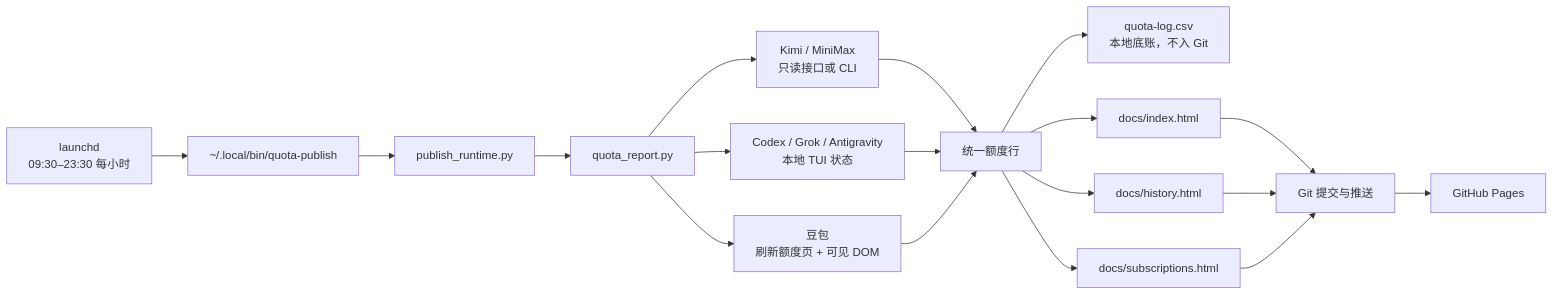
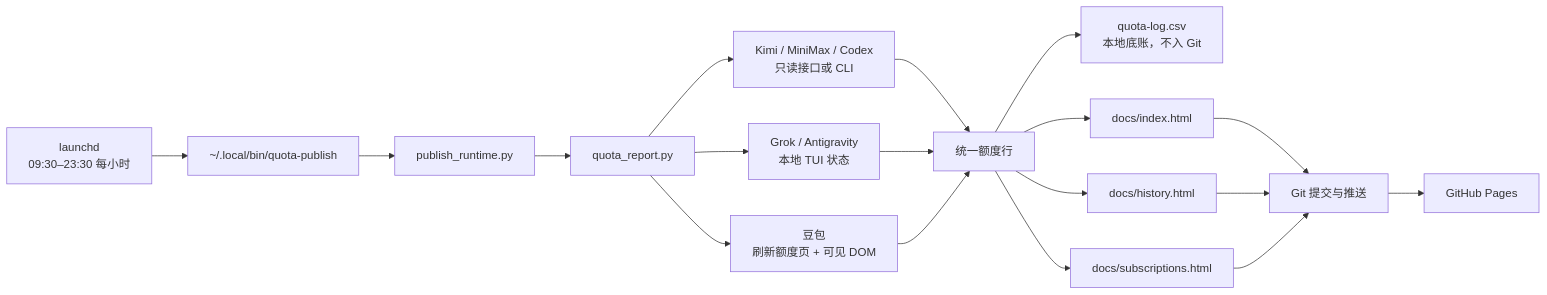
One commit to insistgang/ai-quota-monitor changed the first of 2 diagrams in docs/project-design.md. Above: the diagram before and after it, drawn with Mermaid. The commit also changed other lines of this file and 4 other files, not shown here.

````diff
--- a/docs/project-design.md
+++ b/docs/project-design.md
@@ -19,20 +19,20 @@
 ```mermaid
 flowchart LR
     A[launchd<br/>09:30–23:30 每小时] --> B[~/.local/bin/quota-publish]
     B --> C[publish_runtime.py]
     C --> D[quota_report.py]
-    D --> E1[Kimi / MiniMax<br/>只读接口或 CLI]
-    D --> E2[Codex / Grok / Antigravity<br/>本地 TUI 状态]
+    D --> E1[Kimi / MiniMax / Codex<br/>只读接口或 CLI]
+    D --> E2[Grok / Antigravity<br/>本地 TUI 状态]
     D --> E3[豆包<br/>刷新额度页 + 可见 DOM]
     E1 --> F[统一额度行]
     E2 --> F
     E3 --> F
     F --> G[quota-log.csv<br/>本地底账，不入 Git]
     F --> H[docs/index.html]
     F --> I[docs/history.html]
     F --> J[docs/subscriptions.html]
     H --> K[Git 提交与推送]
     I --> K
     J --> K
     K --> L[GitHub Pages]
 ```
````
